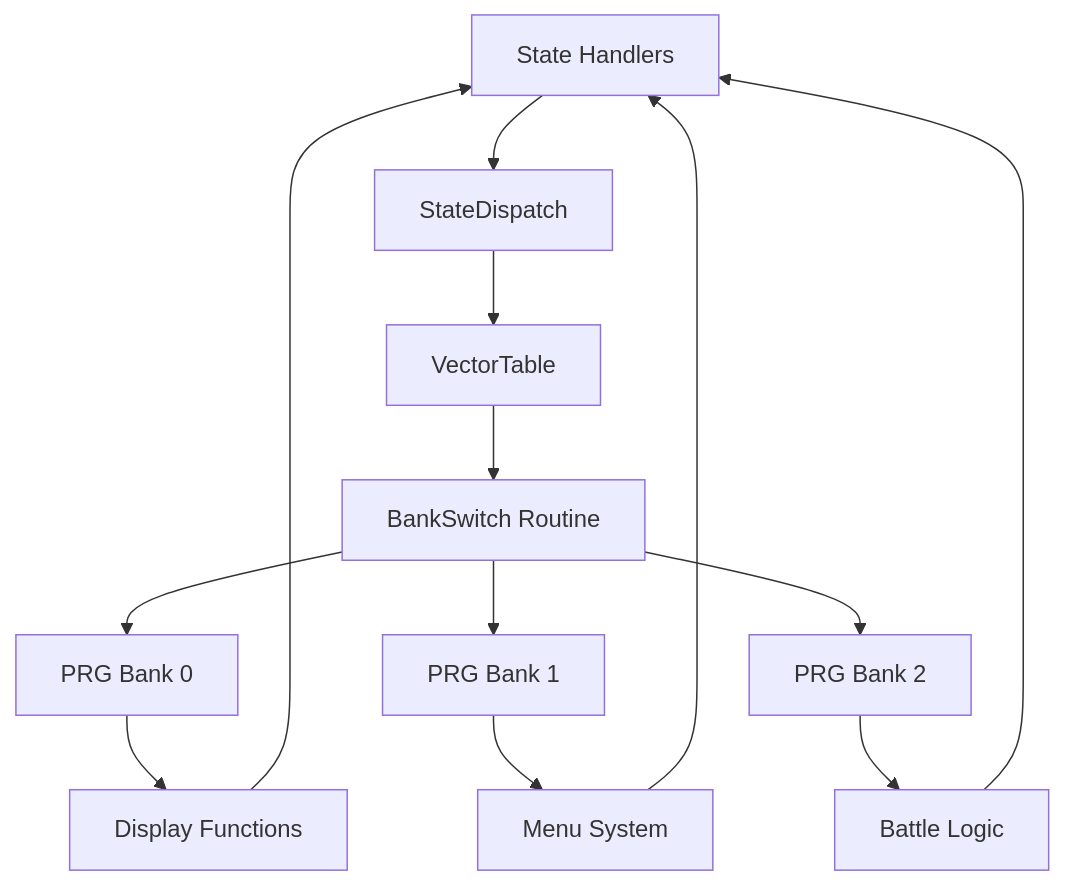
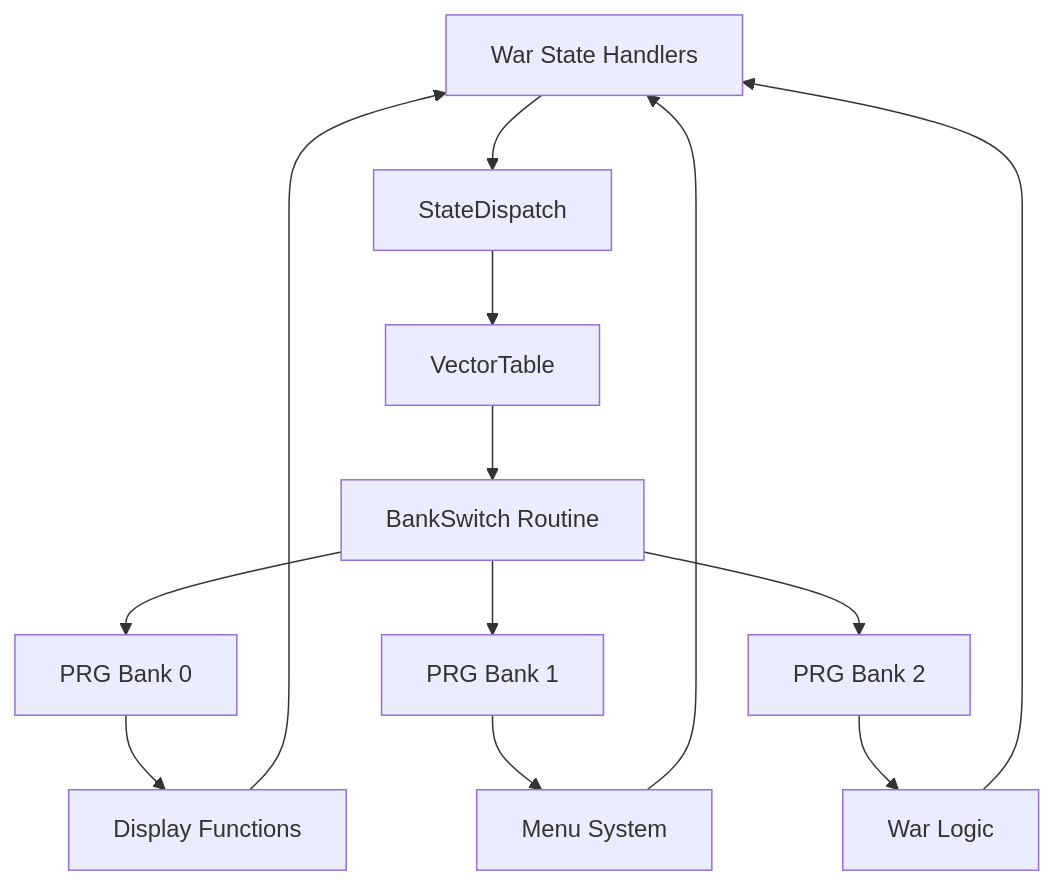
Before and after one commit to rabbyzero/sango2dasm: the fifth of 5 diagrams in .qoder/repowiki/en/content/Game State Management/Game State Management.md, drawn with Mermaid. The commit also changed other lines of this file and 11 other files, not shown here.

````diff
--- a/.qoder/repowiki/en/content/Game State Management/Game State Management.md
+++ b/.qoder/repowiki/en/content/Game State Management/Game State Management.md
@@ -371,15 +325,15 @@
 ```mermaid
 flowchart TD
-StateHandlers["State Handlers"] --> StateDispatch["StateDispatch"]
+StateHandlers["War State Handlers"] --> StateDispatch["StateDispatch"]
 StateDispatch --> VectorTable["VectorTable"]
 VectorTable --> BankSwitch["BankSwitch Routine"]
 BankSwitch --> PRGBank0["PRG Bank 0"]
 BankSwitch --> PRGBank1["PRG Bank 1"]
 BankSwitch --> PRGBank2["PRG Bank 2"]
 PRGBank0 --> DisplayFuncs["Display Functions"]
 PRGBank1 --> MenuSystem["Menu System"]
-PRGBank2 --> BattleLogic["Battle Logic"]
+PRGBank2 --> WarLogic["War Logic"]
 DisplayFuncs --> StateHandlers
 MenuSystem --> StateHandlers
-BattleLogic --> StateHandlers
+WarLogic --> StateHandlers
 ```
````
